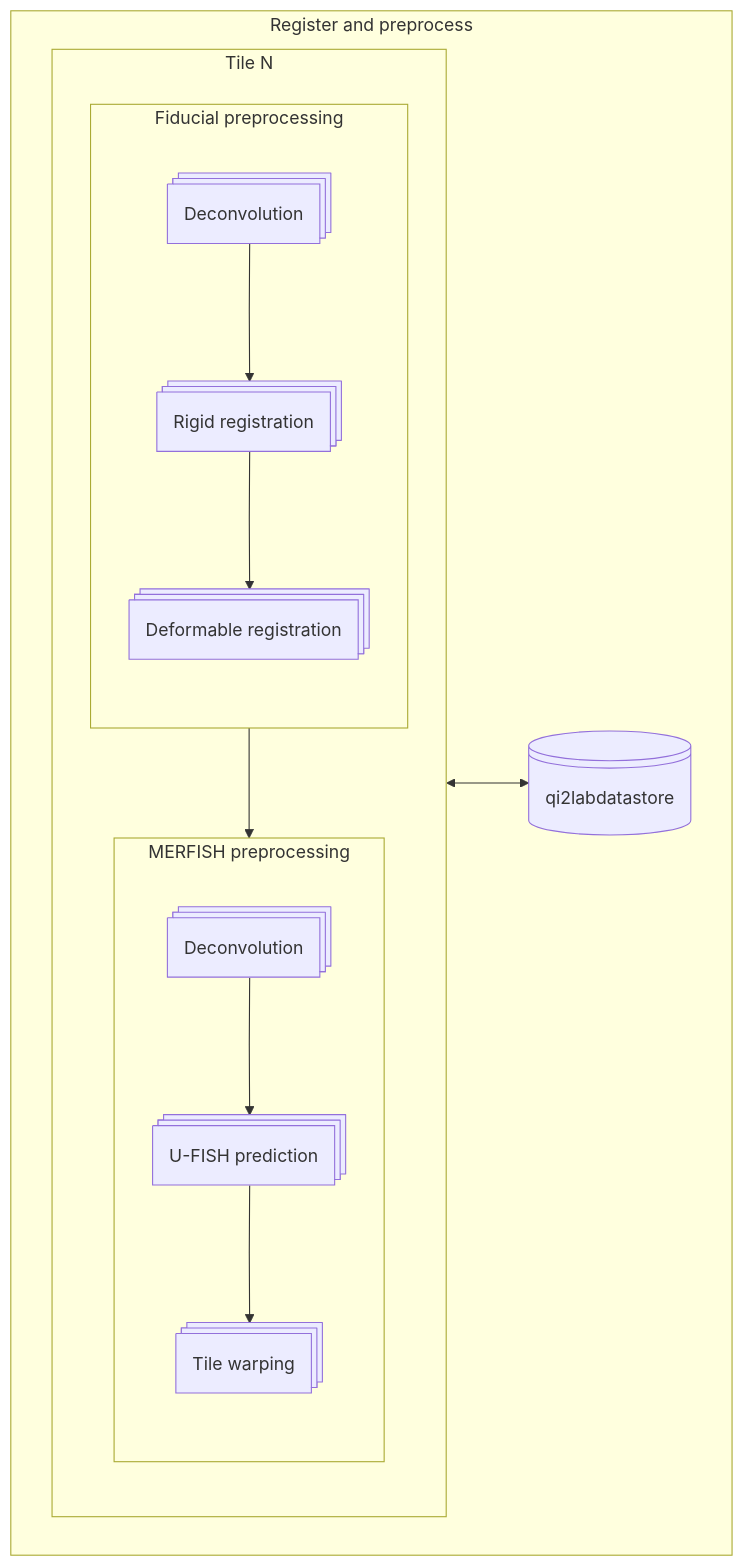
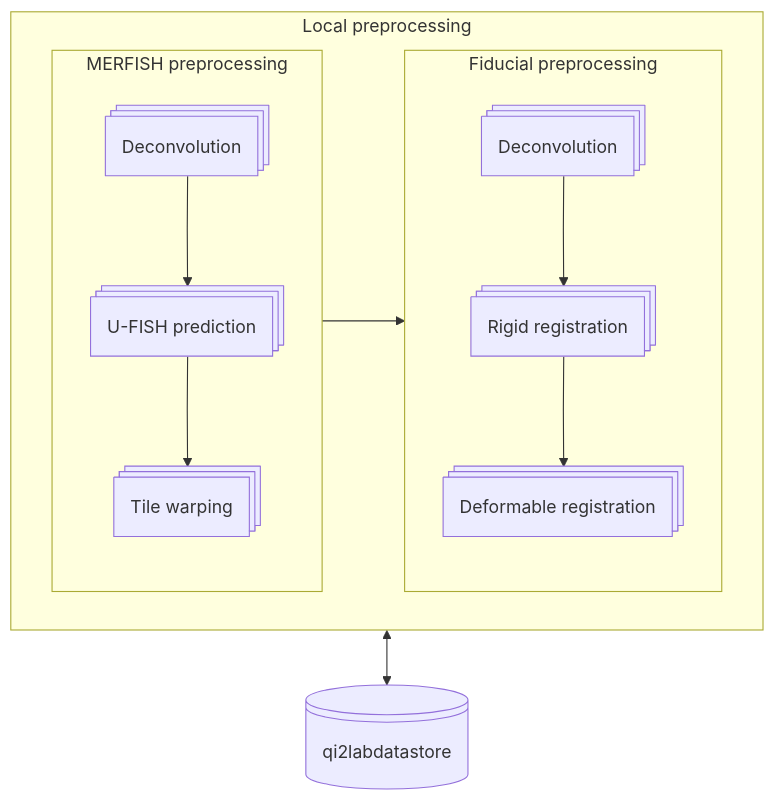
Before and after one commit to QI2lab/merfish3d-analysis: the third of 6 diagrams in docs/workflow.md, drawn with Mermaid. The commit also changed other lines of this file, not shown here.

Commit message:
initial draft of full workflow diagram

````diff
--- a/docs/workflow.md
+++ b/docs/workflow.md
@@ -60,39 +60,34 @@
 ```mermaid
 %%{init: { "theme": "default", "themeVariables": { "htmlLabels": true, "curve": "linear", "layout": "elk" } } }%%
 flowchart TD
+ subgraph s2["MERFISH preprocessing"]
+        n17["Deconvolution"]
+        n18["U-FISH prediction"]
+        n19["Tile warping"]
+  end
+ subgraph s3["Fiducial preprocessing"]
+        n14["Deconvolution"]
+        n15["Rigid registration"]
+        n16["Deformable registration"]
+  end
+ subgraph s1["Local preprocessing"]
+        s2
+        s3
+  end
+  n13["qi2labdatastore"]
+   
 
- subgraph s5["MERFISH preprocessing"]
-    direction TB
-    n17["Deconvolution"]
-    n18["U-FISH prediction"]
-    n19["Tile warping"]
- end
- subgraph s6["Fiducial preprocessing"]
-    direction TB
-    n14["Deconvolution"]
-    n15["Rigid registration"]
-    n16["Deformable registration"]
- end
- subgraph s4["Tile N"]
-    s5
-    s6
- end
- subgraph s3["Register and preprocess"]
-        n13["qi2labdatastore"]
-        s4
- end
-
-    s6 --> s5
-    s4 <--> n13 
+    s2 --> s3
+    s1 <--> n13
     n14 --> n15
     n15 --> n16
     n17 --> n18
     n18 --> n19
     n13@{ shape: lin-cyl}
     n14@{ shape: procs}
     n15@{ shape: procs}
     n16@{ shape: procs}
     n17@{ shape: procs}
     n18@{ shape: procs}
     n19@{ shape: procs}
 ```
````
